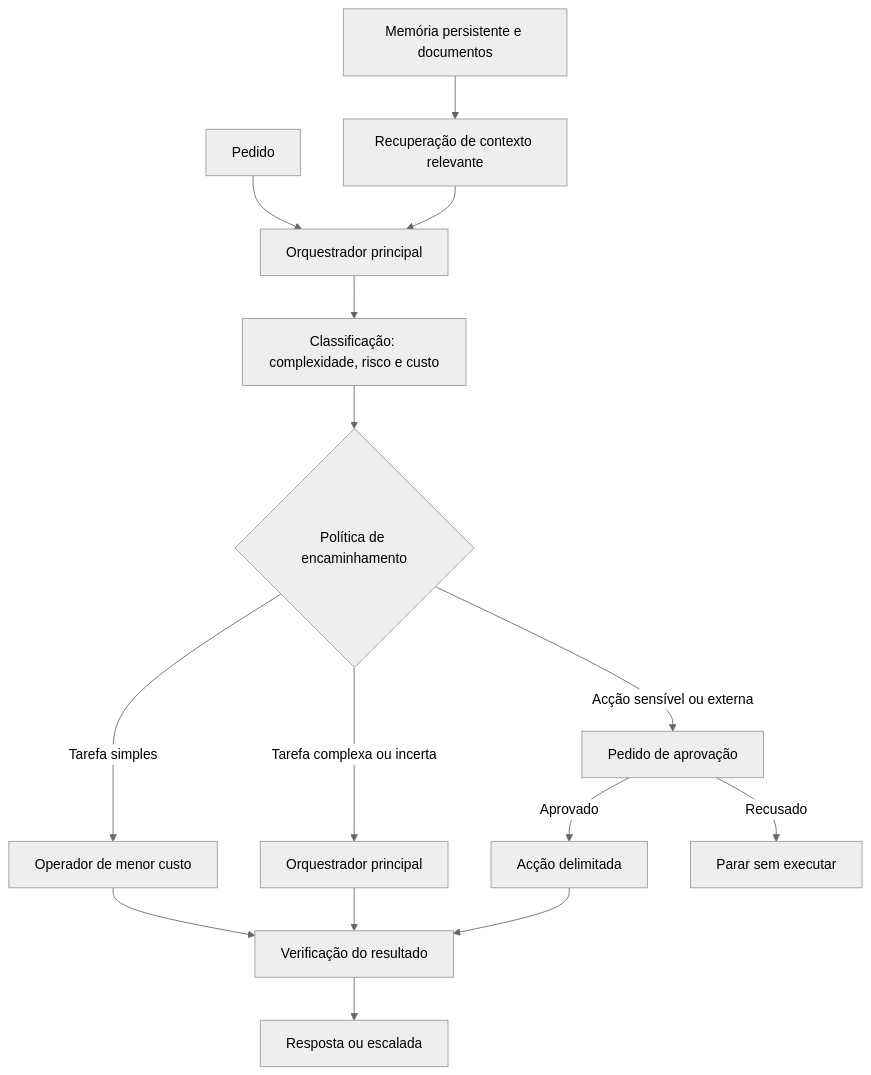
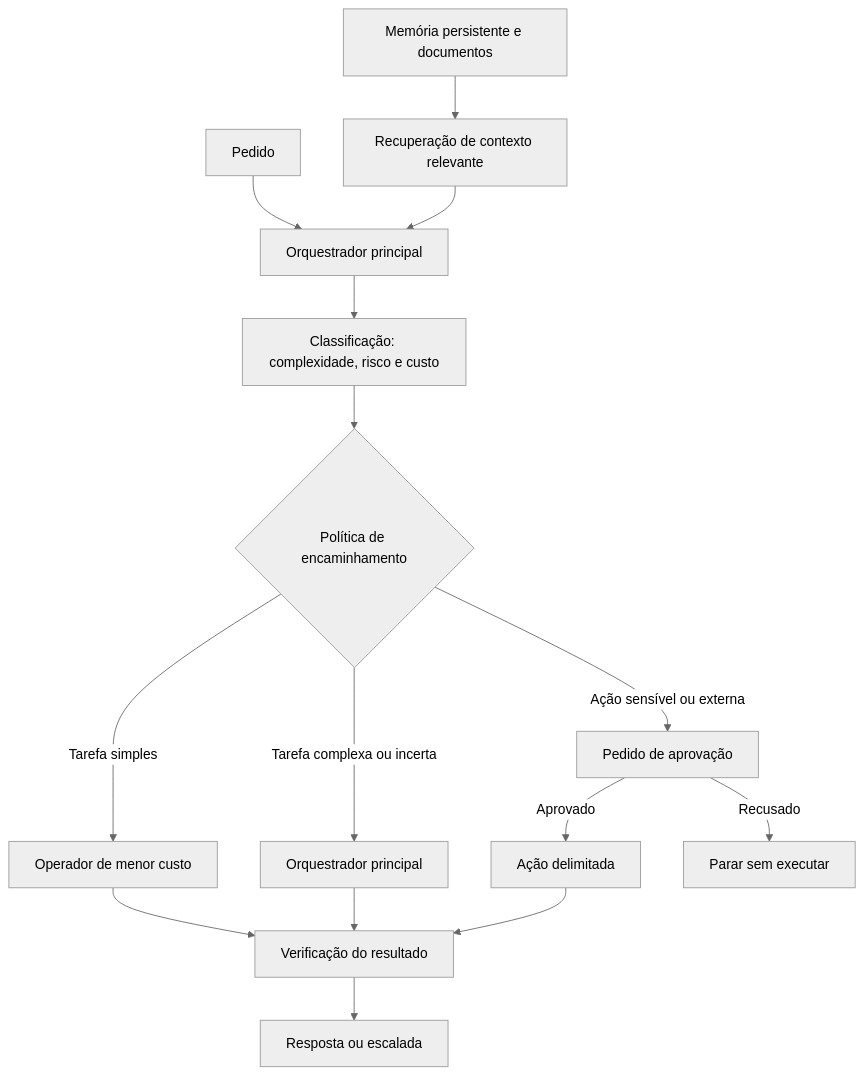
One commit to WhiteBlindness/WhiteBlindness changed the diagram in case-studies/jarvis-omniroute.md. Above: the diagram before and after it, drawn with Mermaid (neutral theme). The commit also changed other lines of this file, not shown here.

````diff
--- a/case-studies/jarvis-omniroute.md
+++ b/case-studies/jarvis-omniroute.md
@@ -15,17 +15,17 @@
 ```mermaid
 flowchart TD
     A[Pedido] --> B[Orquestrador principal]
     B --> C[Classificação: complexidade, risco e custo]
     C --> D{Política de encaminhamento}
     D -->|Tarefa simples| E[Operador de menor custo]
     D -->|Tarefa complexa ou incerta| F[Orquestrador principal]
-    D -->|Acção sensível ou externa| G[Pedido de aprovação]
+    D -->|Ação sensível ou externa| G[Pedido de aprovação]
     E --> H[Verificação do resultado]
     F --> H
-    G -->|Aprovado| I[Acção delimitada]
+    G -->|Aprovado| I[Ação delimitada]
     I --> H
     G -->|Recusado| J[Parar sem executar]
     H --> K[Resposta ou escalada]
     L[Memória persistente e documentos] --> M[Recuperação de contexto relevante]
     M --> B
 ```
````
